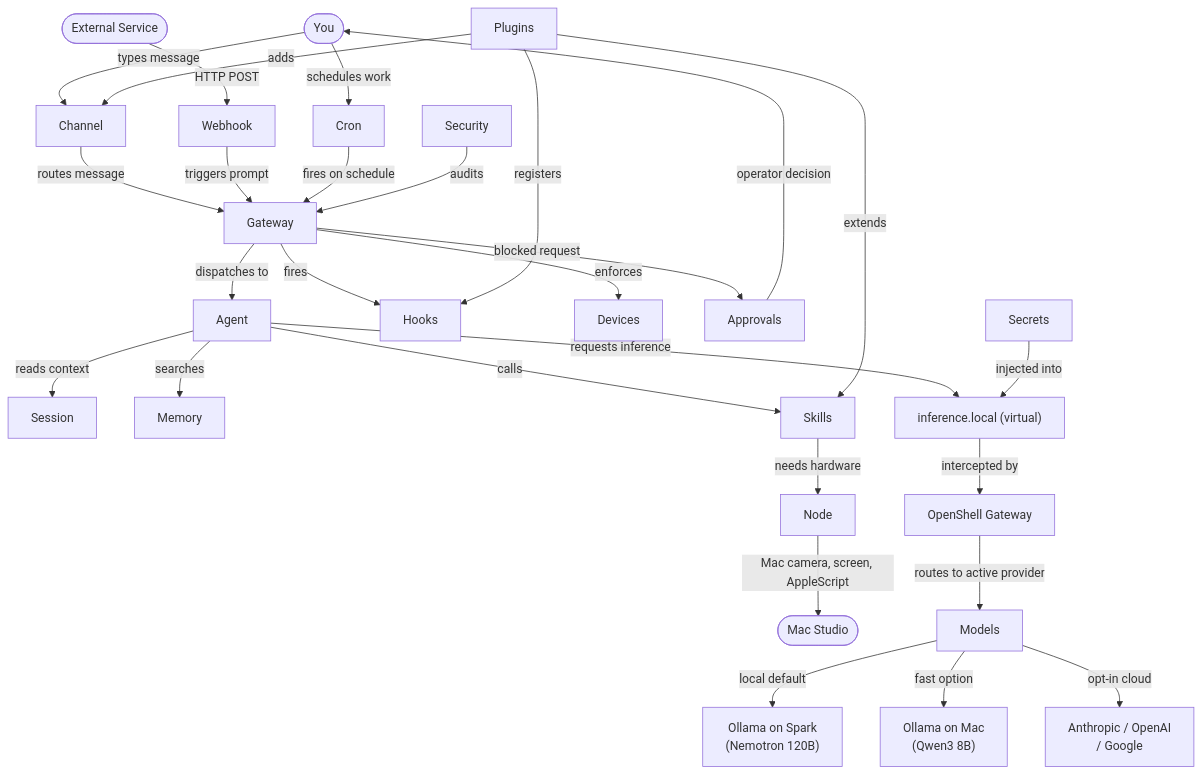
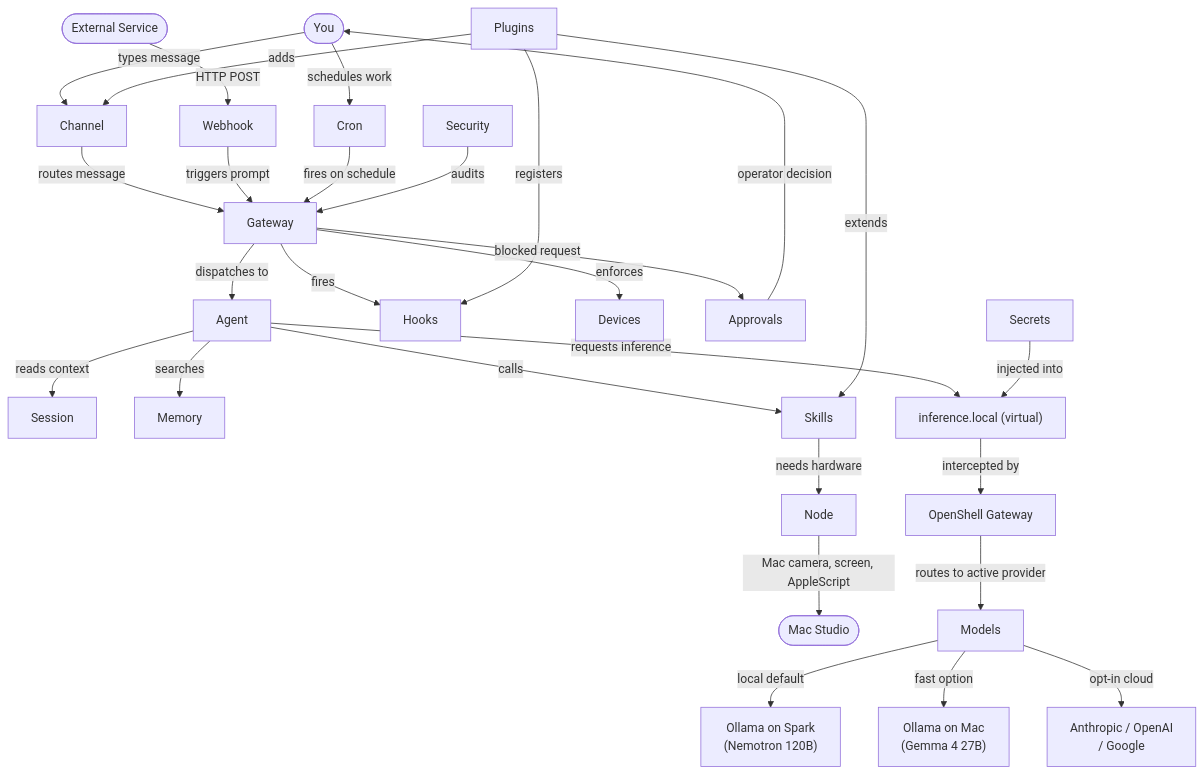
The diagram in docs/openclaw-concepts.md (macayaven/nemoclaw), drawn with Mermaid before and after one commit. The commit also changed other lines of this file and 18 other files, not shown here.

````diff
--- a/docs/openclaw-concepts.md
+++ b/docs/openclaw-concepts.md
@@ -408,38 +429,38 @@
 ```mermaid
 flowchart TD
     User([You]) -->|types message| Channel
     User -->|schedules work| Cron
     External([External Service]) -->|HTTP POST| Webhook
 
     Channel -->|routes message| Gateway
     Webhook -->|triggers prompt| Gateway
     Cron -->|fires on schedule| Gateway
 
     Gateway -->|dispatches to| Agent
     Gateway -->|fires| Hooks
     Gateway -->|enforces| Devices
 
     Agent -->|reads context| Session
     Agent -->|searches| Memory
     Agent -->|calls| Skills
     Agent -->|requests inference| InferenceLocal["inference.local (virtual)"]
 
     Skills -->|needs hardware| Node
     Node -->|Mac camera, screen, AppleScript| Mac([Mac Studio])
 
     InferenceLocal -->|intercepted by| OpenShell[OpenShell Gateway]
     OpenShell -->|routes to active provider| Models
     Models -->|local default| Ollama["Ollama on Spark\n(Nemotron 120B)"]
-    Models -->|fast option| MacOllama["Ollama on Mac\n(Qwen3 8B)"]
+    Models -->|fast option| MacOllama["Ollama on Mac\n(Gemma 4 27B)"]
     Models -->|opt-in cloud| Cloud["Anthropic / OpenAI\n/ Google"]
 
     Gateway -->|blocked request| Approvals
     Approvals -->|operator decision| User
 
     Plugins -->|extends| Skills
     Plugins -->|adds| Channel
     Plugins -->|registers| Hooks
 
     Security -->|audits| Gateway
     Secrets -->|injected into| InferenceLocal
 ```
````
